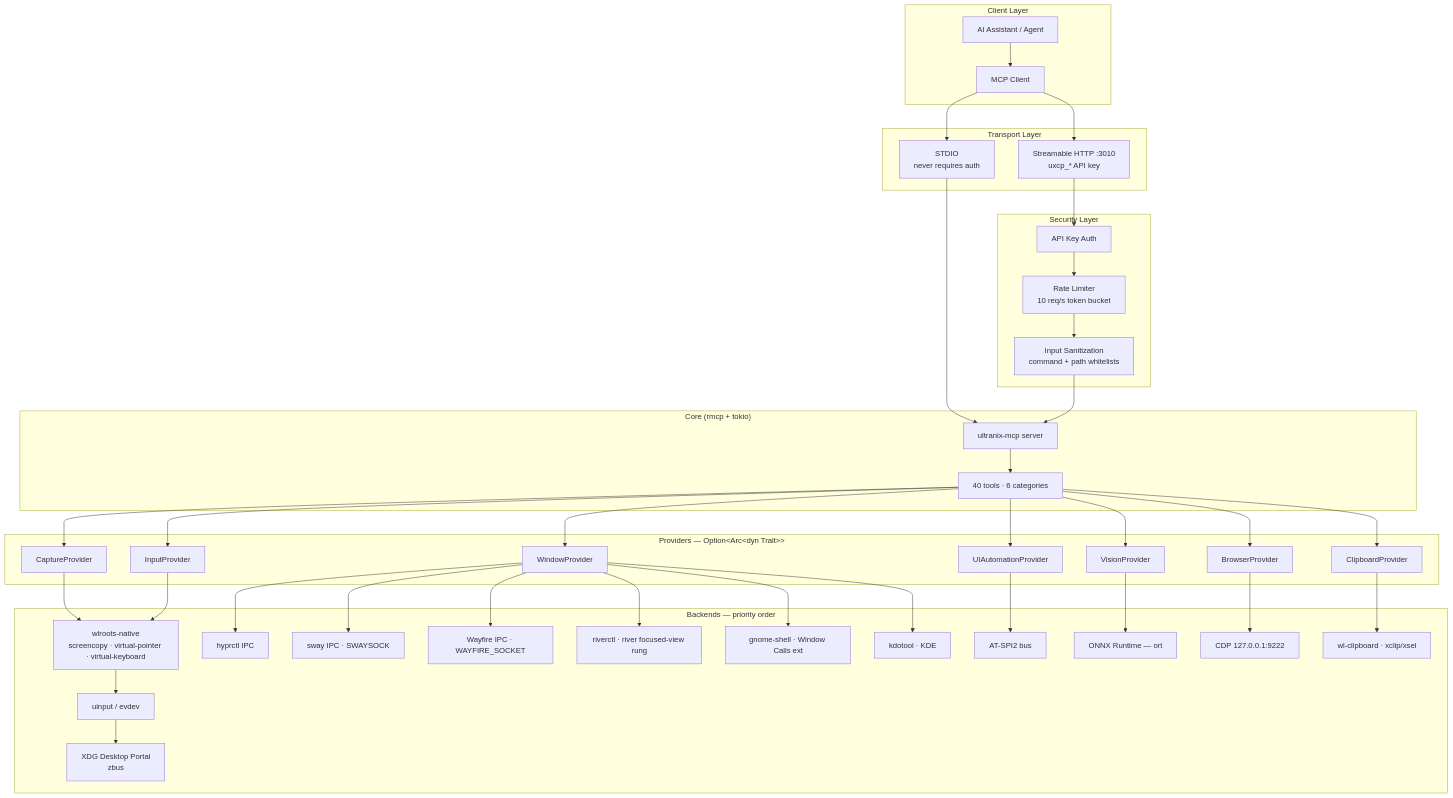
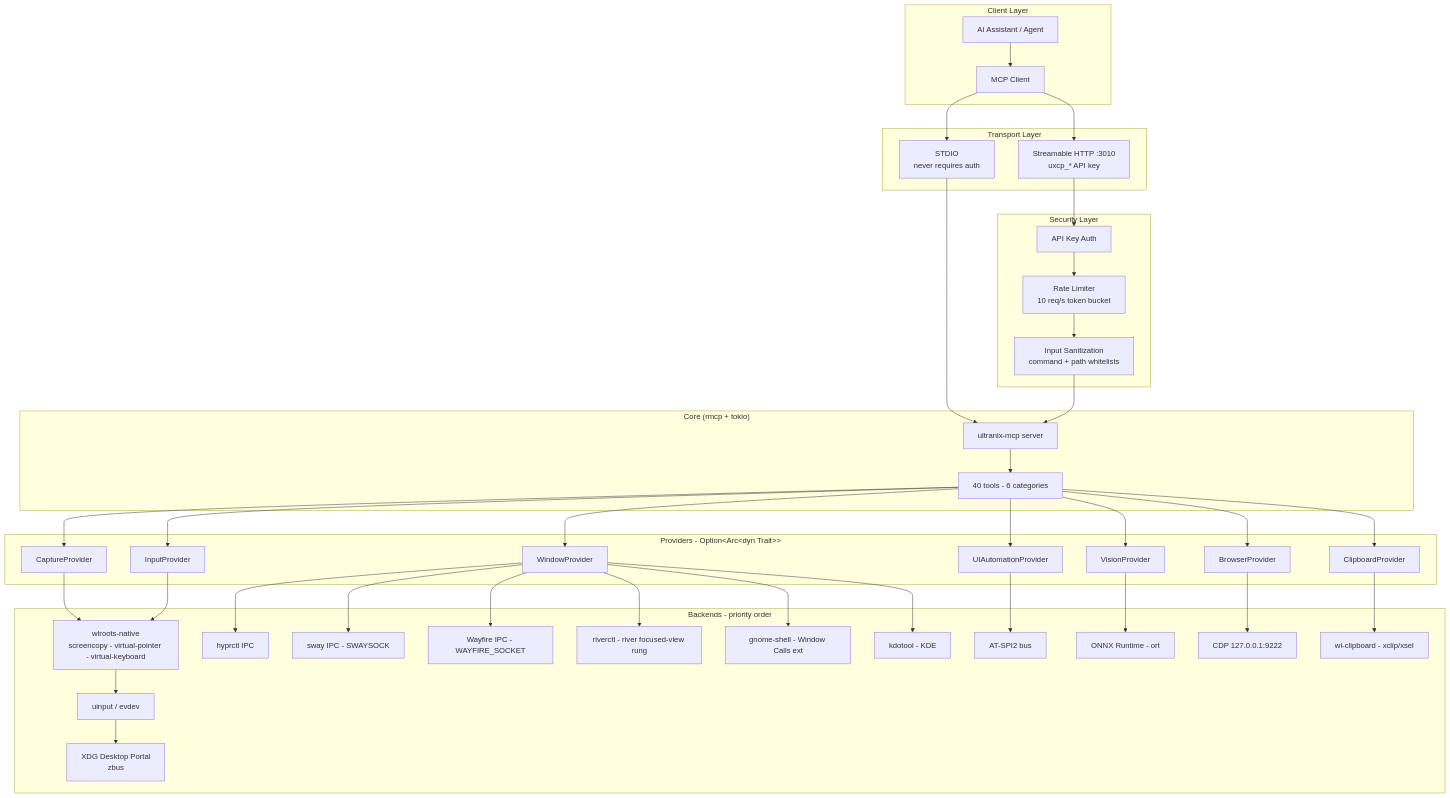
Before and after one commit to jxoesneon/ultranix-mcp: the diagram in README.md, drawn with Mermaid. The commit also changed other lines of this file and 111 other files, not shown here.

````diff
--- a/README.md
+++ b/README.md
@@ -150,75 +148,75 @@
 ```mermaid
 graph TB
     subgraph "Client Layer"
         AI[AI Assistant / Agent]
         MCP[MCP Client]
     end
 
     subgraph "Transport Layer"
         STDIO[STDIO<br/>never requires auth]
         HTTP[Streamable HTTP :3010<br/>uxcp_* API key]
     end
 
     subgraph "Security Layer"
         AUTH[API Key Auth]
         RATE[Rate Limiter<br/>10 req/s token bucket]
         SAN[Input Sanitization<br/>command + path whitelists]
     end
 
     subgraph "Core (rmcp + tokio)"
         SERVER[ultranix-mcp server]
-        TOOLS[40 tools · 6 categories]
+        TOOLS[40 tools - 6 categories]
     end
 
-    subgraph "Providers — Option&lt;Arc&lt;dyn Trait&gt;&gt;"
+    subgraph "Providers - Option&lt;Arc&lt;dyn Trait&gt;&gt;"
         CAP[CaptureProvider]
         INP[InputProvider]
         UIA[UIAutomationProvider]
         WIN[WindowProvider]
         VIS[VisionProvider]
         BRW[BrowserProvider]
         CLIP[ClipboardProvider]
     end
 
-    subgraph "Backends — priority order"
-        WLR[wlroots-native<br/>screencopy · virtual-pointer · virtual-keyboard]
+    subgraph "Backends - priority order"
+        WLR[wlroots-native<br/>screencopy - virtual-pointer - virtual-keyboard]
         UIN[uinput / evdev]
         PORTAL[XDG Desktop Portal<br/>zbus]
         HYPR[hyprctl IPC]
-        SWAY[sway IPC · SWAYSOCK]
-        WF[Wayfire IPC · WAYFIRE_SOCKET]
-        RIV[riverctl · river focused-view rung]
-        GS[gnome-shell · Window Calls ext]
-        KDOT[kdotool · KDE]
+        SWAY[sway IPC - SWAYSOCK]
+        WF[Wayfire IPC - WAYFIRE_SOCKET]
+        RIV[riverctl - river focused-view rung]
+        GS[gnome-shell - Window Calls ext]
+        KDOT[kdotool - KDE]
         ATSPI[AT-SPI2 bus]
-        ORT[ONNX Runtime — ort]
+        ORT[ONNX Runtime - ort]
         CDP[CDP 127.0.0.1:9222]
-        WLC[wl-clipboard · xclip/xsel]
+        WLC[wl-clipboard - xclip/xsel]
     end
 
     AI --> MCP
     MCP --> STDIO
     MCP --> HTTP
     STDIO --> SERVER
     HTTP --> AUTH --> RATE --> SAN --> SERVER
     SERVER --> TOOLS
     TOOLS --> CAP
     TOOLS --> INP
     TOOLS --> UIA
     TOOLS --> WIN
     TOOLS --> VIS
     TOOLS --> BRW
     TOOLS --> CLIP
     CAP --> WLR
     INP --> WLR --> UIN --> PORTAL
     WIN --> HYPR
     WIN --> SWAY
     WIN --> WF
     WIN --> RIV
     WIN --> GS
     WIN --> KDOT
     UIA --> ATSPI
     VIS --> ORT
     BRW --> CDP
     CLIP --> WLC
 ```
````
